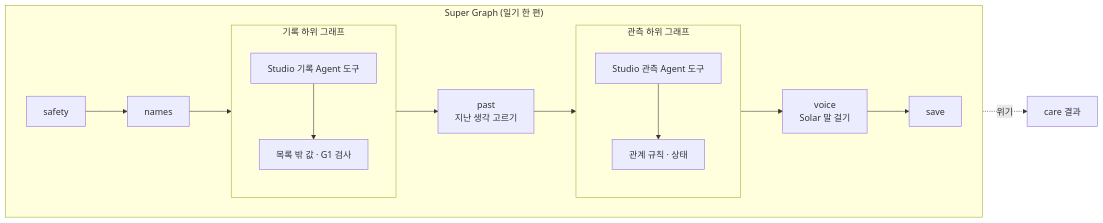
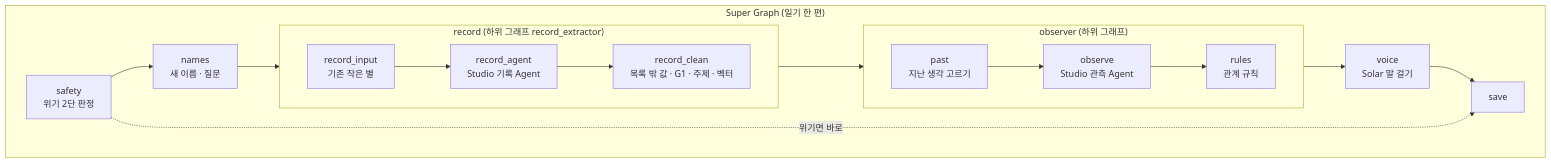
The fourth of 4 diagrams in docs/tech-explainer-v8.md (Lumiere001/my-universe), drawn with Mermaid before and after one commit. The commit also changed other lines of this file and 3 other files, not shown here.

````diff
--- a/docs/tech-explainer-v8.md
+++ b/docs/tech-explainer-v8.md
@@ -362,19 +396,20 @@
 ```mermaid
 flowchart LR
     subgraph SG["Super Graph (일기 한 편)"]
         direction LR
-        safety["safety"] --> names["names"]
+        safety["safety<br/>위기 2단 판정"] --> names["names<br/>새 이름 · 질문"]
         names --> REC
-        subgraph REC["기록 하위 그래프"]
-            rtool["Studio 기록 Agent 도구"] --> rclean["목록 밖 값 · G1 검사"]
+        subgraph REC["record (하위 그래프 record_extractor)"]
+            direction LR
+            rin["record_input<br/>기존 작은 별"] --> rtool["record_agent<br/>Studio 기록 Agent"] --> rclean["record_clean<br/>목록 밖 값 · G1 · 주제 · 벡터"]
         end
-        REC --> past["past<br/>지난 생각 고르기"]
-        past --> OBS
-        subgraph OBS["관측 하위 그래프"]
-            otool["Studio 관측 Agent 도구"] --> orules["관계 규칙 · 상태"]
+        REC --> OBS
+        subgraph OBS["observer (하위 그래프)"]
+            direction LR
+            past["past<br/>지난 생각 고르기"] --> otool["observe<br/>Studio 관측 Agent"] --> orules["rules<br/>관계 규칙"]
         end
         OBS --> voice["voice<br/>Solar 말 걸기"]
         voice --> save["save"]
     end
-    safety -.->|위기| care["care 결과"]
+    safety -.->|위기면 바로| save
 ```
````
